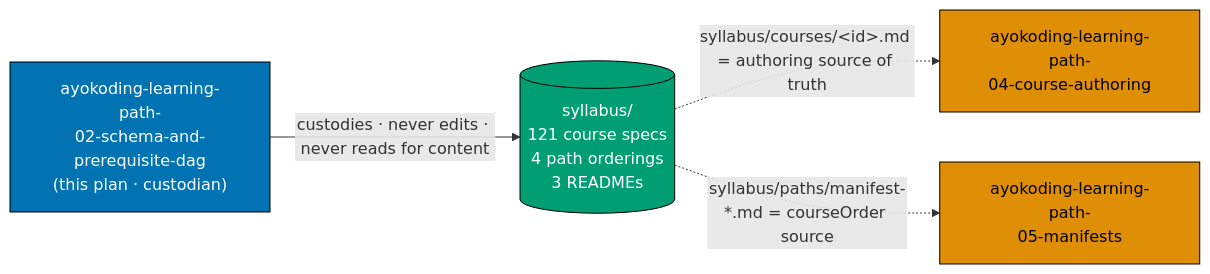
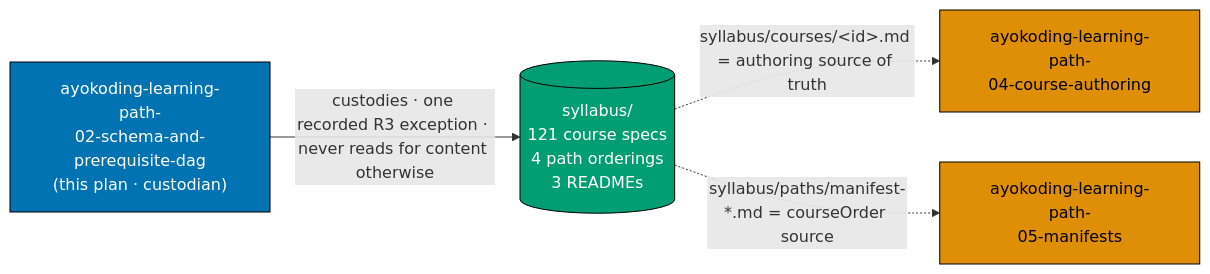
The first of 4 diagrams in plans/backlog/ayokoding-learning-path-02-schema-and-prerequisite-dag/README.md (wahidyankf/baseerah), drawn with Mermaid before and after one commit. The commit also changed other lines of this file and 77 other files, not shown here.

````diff
--- a/plans/backlog/ayokoding-learning-path-02-schema-and-prerequisite-dag/README.md
+++ b/plans/backlog/ayokoding-learning-path-02-schema-and-prerequisite-dag/README.md
@@ -92,19 +122,19 @@
 ```mermaid
 %% Custody vs. consumption of the syllabus/ corpus.
 %% Edge STYLE encodes role: solid = custody (owns the files), dotted = consumption (reads only).
 %% Node SHAPE encodes kind: cylinder = corpus, rectangle = plan.
 %% Colours are the repo's verified colour-blind-friendly palette and are redundant with shape.
 flowchart LR
     P2["ayokoding-learning-path-<br/>02-schema-and-prerequisite-dag<br/>(this plan · custodian)"]:::owner
     CORPUS[("syllabus/<br/>121 course specs<br/>4 path orderings<br/>3 READMEs")]:::corpus
     P4["ayokoding-learning-path-<br/>04-course-authoring"]:::consumer
     P5["ayokoding-learning-path-<br/>05-manifests"]:::consumer
 
-    P2 -->|"custodies · never edits · never reads for content"| CORPUS
+    P2 -->|"custodies · one recorded R3 exception · never reads for content otherwise"| CORPUS
     CORPUS -.->|"syllabus/courses/&lt;id&gt;.md = authoring source of truth"| P4
     CORPUS -.->|"syllabus/paths/manifest-*.md = courseOrder source"| P5
 
     classDef owner fill:#0173B2,stroke:#000000,color:#FFFFFF
     classDef corpus fill:#029E73,stroke:#000000,color:#FFFFFF
     classDef consumer fill:#DE8F05,stroke:#000000,color:#000000
 ```
````
